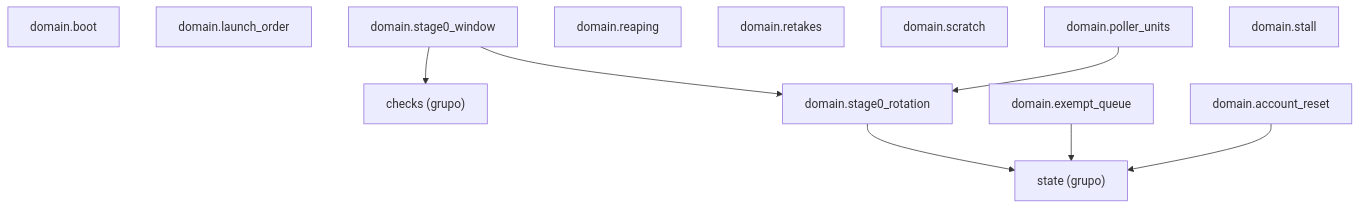
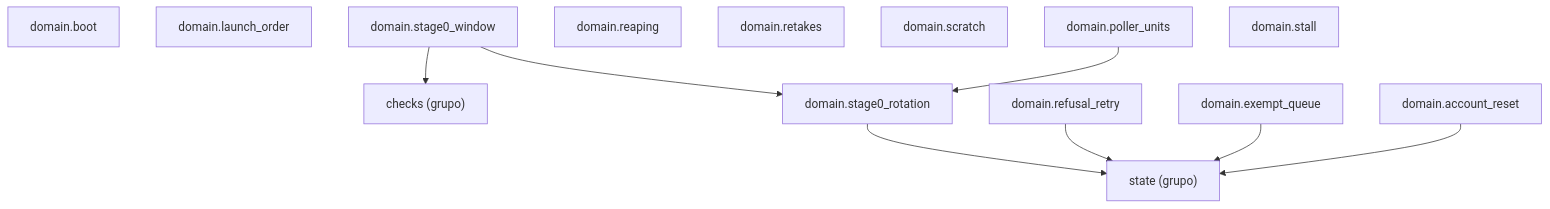
Before and after one commit to GonzaloZevallos/agentic-system: the diagram in docs/architecture/generated/packages-process-domain-machine.md, drawn with Mermaid. The commit also changed 1 other file, not shown here.

Commit message:
Register refusal_retry in the docs clusters and regenerate the machine diagram
The docs check refuses a process module that is in no cluster.

````diff
--- a/docs/architecture/generated/packages-process-domain-machine.md
+++ b/docs/architecture/generated/packages-process-domain-machine.md
@@ -12,22 +12,24 @@
 ```mermaid
 graph TD
     g_domain__checks["checks (grupo)"]
     g_domain__state["state (grupo)"]
     m_domain__account_reset["domain.account_reset"]
     m_domain__boot["domain.boot"]
     m_domain__exempt_queue["domain.exempt_queue"]
     m_domain__launch_order["domain.launch_order"]
     m_domain__poller_units["domain.poller_units"]
     m_domain__reaping["domain.reaping"]
+    m_domain__refusal_retry["domain.refusal_retry"]
     m_domain__retakes["domain.retakes"]
     m_domain__scratch["domain.scratch"]
     m_domain__stage0_rotation["domain.stage0_rotation"]
     m_domain__stage0_window["domain.stage0_window"]
     m_domain__stall["domain.stall"]
     m_domain__account_reset --> g_domain__state
     m_domain__exempt_queue --> g_domain__state
     m_domain__poller_units --> m_domain__stage0_rotation
+    m_domain__refusal_retry --> g_domain__state
     m_domain__stage0_rotation --> g_domain__state
     m_domain__stage0_window --> g_domain__checks
     m_domain__stage0_window --> m_domain__stage0_rotation
 ```
````
